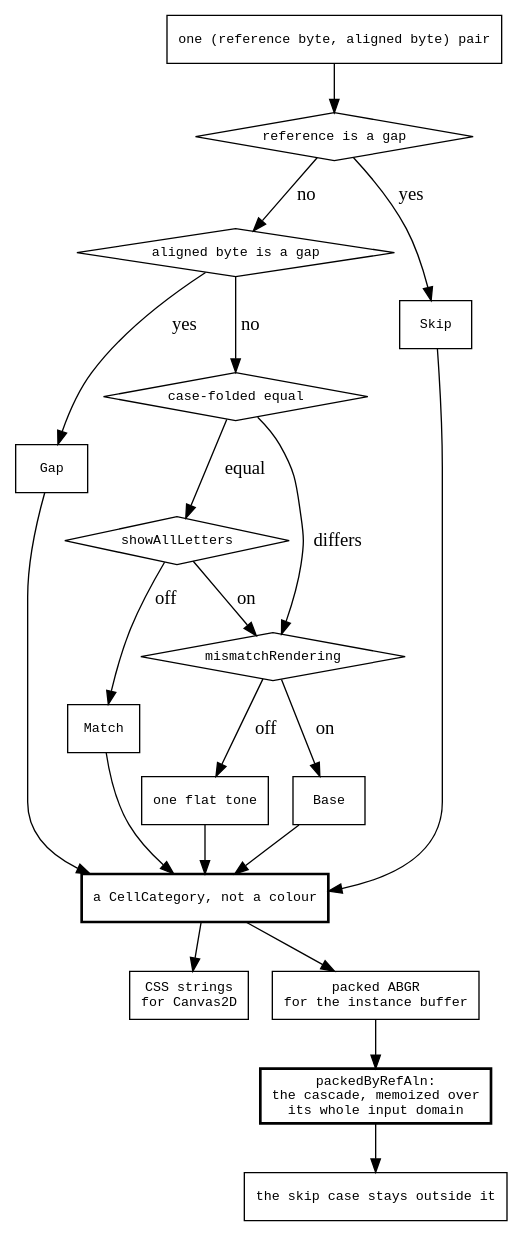
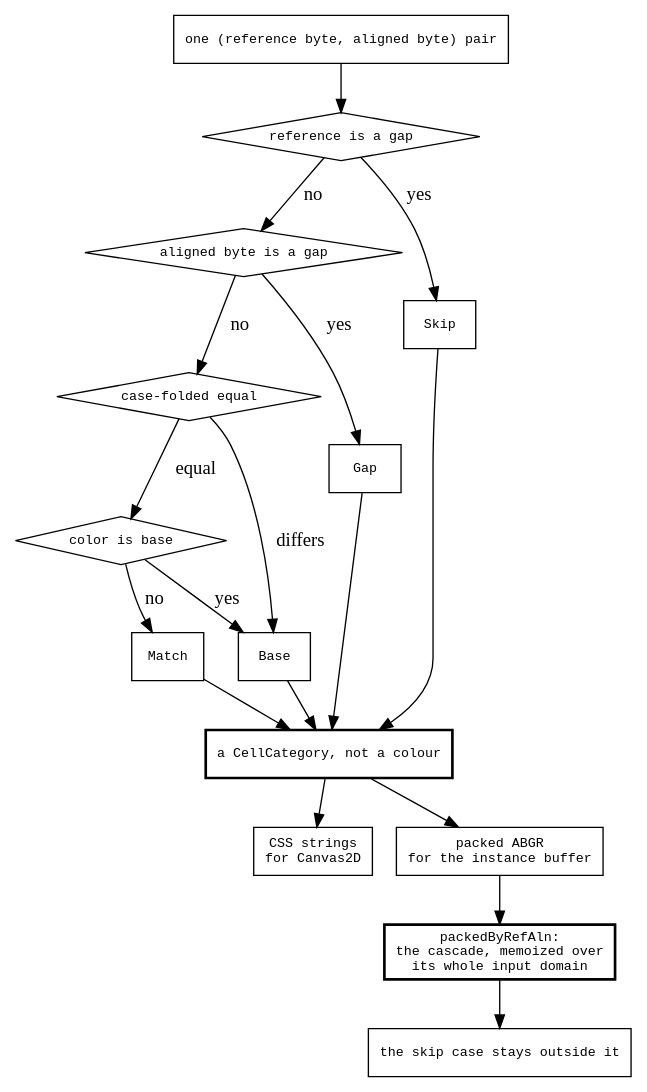
The diagram in agent-docs/mechanisms/diagrams/maf-cell-colour.dot (GMOD/jbrowse-components), drawn with Graphviz before and after one commit. The commit also changed 7 other files, not shown here.

```diff
--- a/agent-docs/mechanisms/diagrams/maf-cell-colour.dot
+++ b/agent-docs/mechanisms/diagrams/maf-cell-colour.dot
@@ -1,44 +1,39 @@
 digraph maf_cell_colour {
   rankdir=TB
   node [shape=box fontname=monospace fontsize=10]
-  { node [shape=diamond] refDash; alnGap; match; showAll; mismatchOn }
+  { node [shape=diamond] refDash; alnGap; match; colorMatches }
 
   cell [label="one (reference byte, aligned byte) pair"]
   refDash [label="reference is a gap"]
   cell -> refDash
   refDash -> skip [label=" yes"]
   skip [label="Skip"]
 
   alnGap [label="aligned byte is a gap"]
   refDash -> alnGap [label=" no"]
   alnGap -> gap [label=" yes"]
   gap [label="Gap"]
 
   match [label="case-folded equal"]
   alnGap -> match [label=" no"]
-  showAll [label="showAllLetters"]
-  match -> showAll [label=" equal"]
-  showAll -> matchCat [label=" off"]
+  colorMatches [label="color is base"]
+  match -> colorMatches [label=" equal"]
+  colorMatches -> matchCat [label=" no"]
   matchCat [label="Match"]
 
-  mismatchOn [label="mismatchRendering"]
-  showAll -> mismatchOn [label=" on"]
-  match -> mismatchOn [label=" differs"]
-  mismatchOn -> baseCat [label=" on"]
-  mismatchOn -> flat    [label=" off"]
+  colorMatches -> baseCat [label=" yes"]
+  match -> baseCat [label=" differs"]
   baseCat [label="Base"]
-  flat [label="one flat tone"]
 
   category [label="a CellCategory, not a colour", style=bold]
-  skip -> category  gap -> category  matchCat -> category
-  baseCat -> category  flat -> category
+  skip -> category  gap -> category  matchCat -> category  baseCat -> category
 
   css [label="CSS strings\nfor Canvas2D"]
   packed [label="packed ABGR\nfor the instance buffer"]
   category -> css  category -> packed
 
   table [label="packedByRefAln:\nthe cascade, memoized over\nits whole input domain", style=bold]
   packed -> table
   sentinel [label="the skip case stays outside it"]
   table -> sentinel
 }
```
